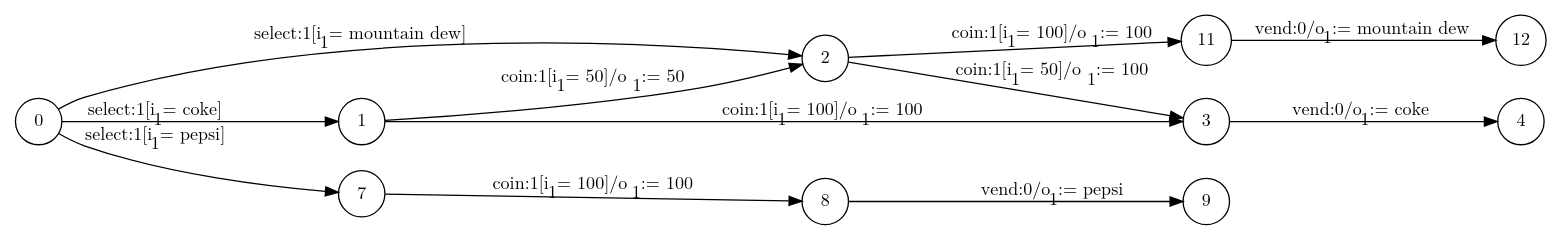
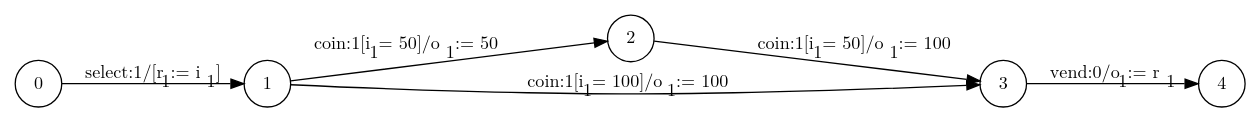
Before and after one commit to jmafoster1/efsm-inference: the diagram in inference-tool/dotfiles/vend1.dot, drawn with Graphviz. The commit also changed 10 other files, not shown here.

```diff
--- a/inference-tool/dotfiles/vend1.dot
+++ b/inference-tool/dotfiles/vend1.dot
@@ -1,16 +1,10 @@
 digraph EFSM{
 graph [rankdir="LR", fontname="Latin Modern Math"];
 node [color="black", fillcolor="white", shape="circle", style="filled", fontname="Latin Modern Math"];
 edge [fontname="Latin Modern Math"];
-0->1[label=<select:1&#91;i<sub>1</sub> = coke&#93;>]
-0->2[label=<select:1&#91;i<sub>1</sub> = mountain dew&#93;>]
-0->7[label=<select:1&#91;i<sub>1</sub> = pepsi&#93;>]
+0->1[label=<select:1/&#91;r<sub>1</sub> := i<sub>1</sub>&#93;>]
 1->2[label=<coin:1&#91;i<sub>1</sub> = 50&#93;/o<sub>1</sub> := 50>]
 1->3[label=<coin:1&#91;i<sub>1</sub> = 100&#93;/o<sub>1</sub> := 100>]
-11->12[label=<vend:0/o<sub>1</sub> := mountain dew>]
-2->11[label=<coin:1&#91;i<sub>1</sub> = 100&#93;/o<sub>1</sub> := 100>]
 2->3[label=<coin:1&#91;i<sub>1</sub> = 50&#93;/o<sub>1</sub> := 100>]
-3->4[label=<vend:0/o<sub>1</sub> := coke>]
-7->8[label=<coin:1&#91;i<sub>1</sub> = 100&#93;/o<sub>1</sub> := 100>]
-8->9[label=<vend:0/o<sub>1</sub> := pepsi>]
+3->4[label=<vend:0/o<sub>1</sub> := r<sub>1</sub>>]
 }
```
